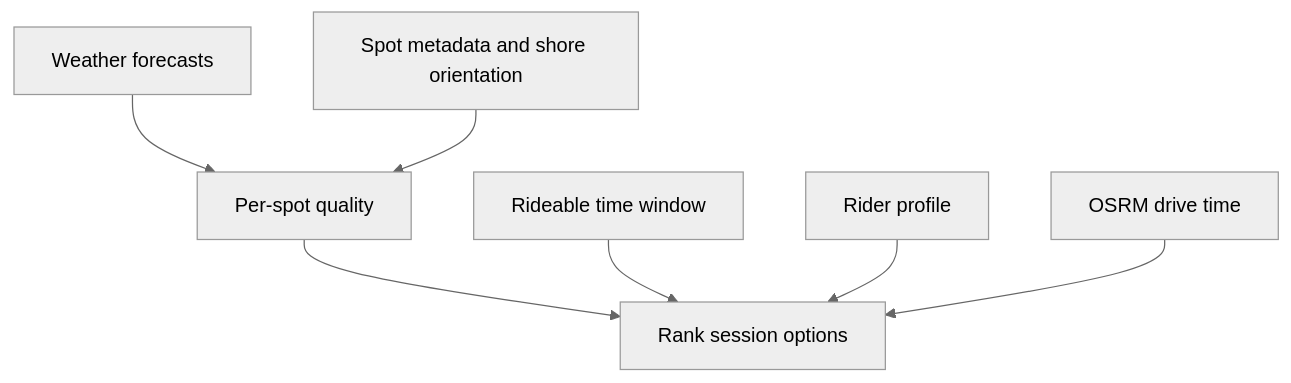
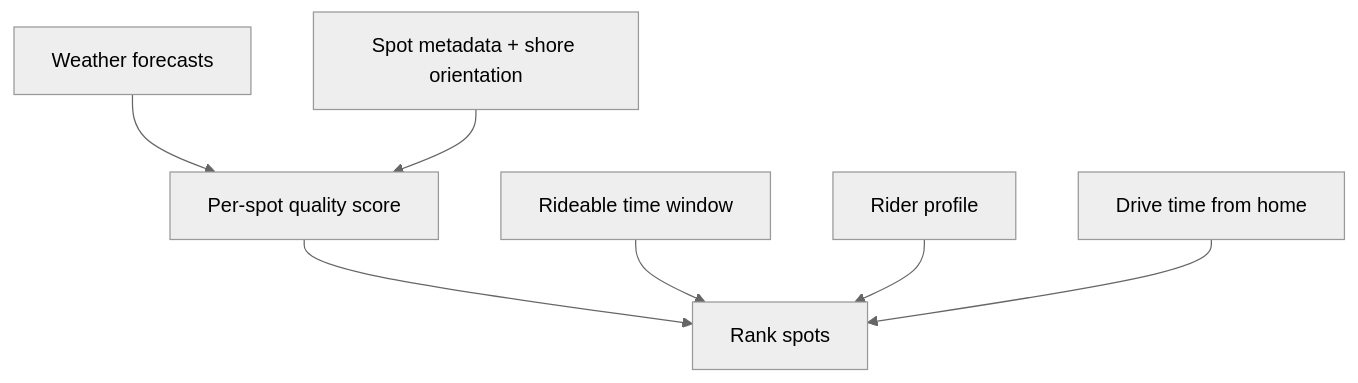
The diagram in docs/site/system/use-case.md (javihslu/foehncast), drawn with Mermaid (neutral theme) before and after one commit. The commit also changed other lines of this file and 12 other files, not shown here.

```diff
--- a/docs/site/system/use-case.md
+++ b/docs/site/system/use-case.md
@@ -9,9 +9,9 @@
 <div class="mermaid">
 flowchart TD
-        WX[Weather forecasts] --> QUAL[Per-spot quality]
-        SPOT[Spot metadata and shore orientation] --> QUAL
-        QUAL --> RANK[Rank session options]
+        WX[Weather forecasts] --> QUAL[Per-spot quality score]
+        SPOT[Spot metadata + shore orientation] --> QUAL
+        QUAL --> RANK[Rank spots]
         WINDOW[Rideable time window] --> RANK
         RIDER[Rider profile] --> RANK
-        DRIVE[OSRM drive time] --> RANK
+        DRIVE[Drive time from home] --> RANK
 </div>
```
